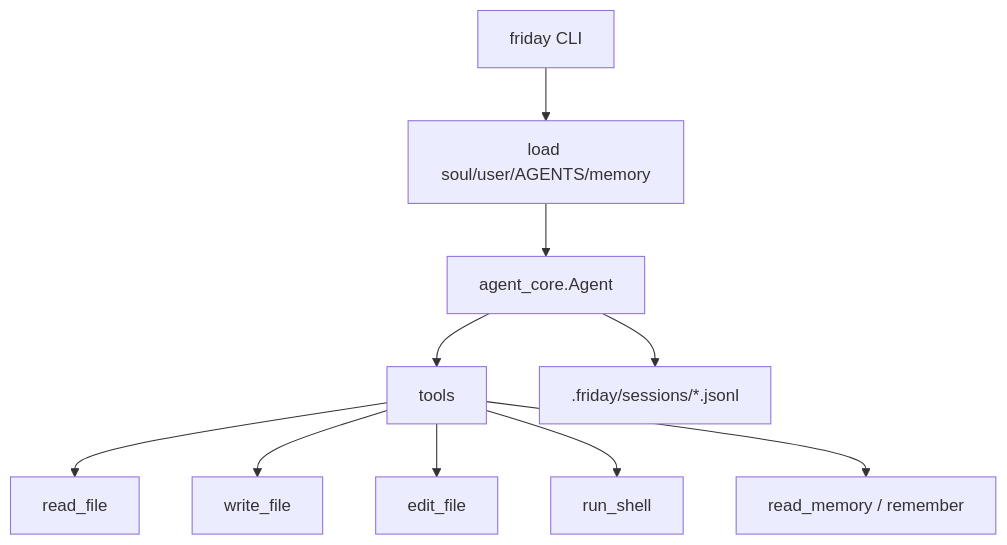
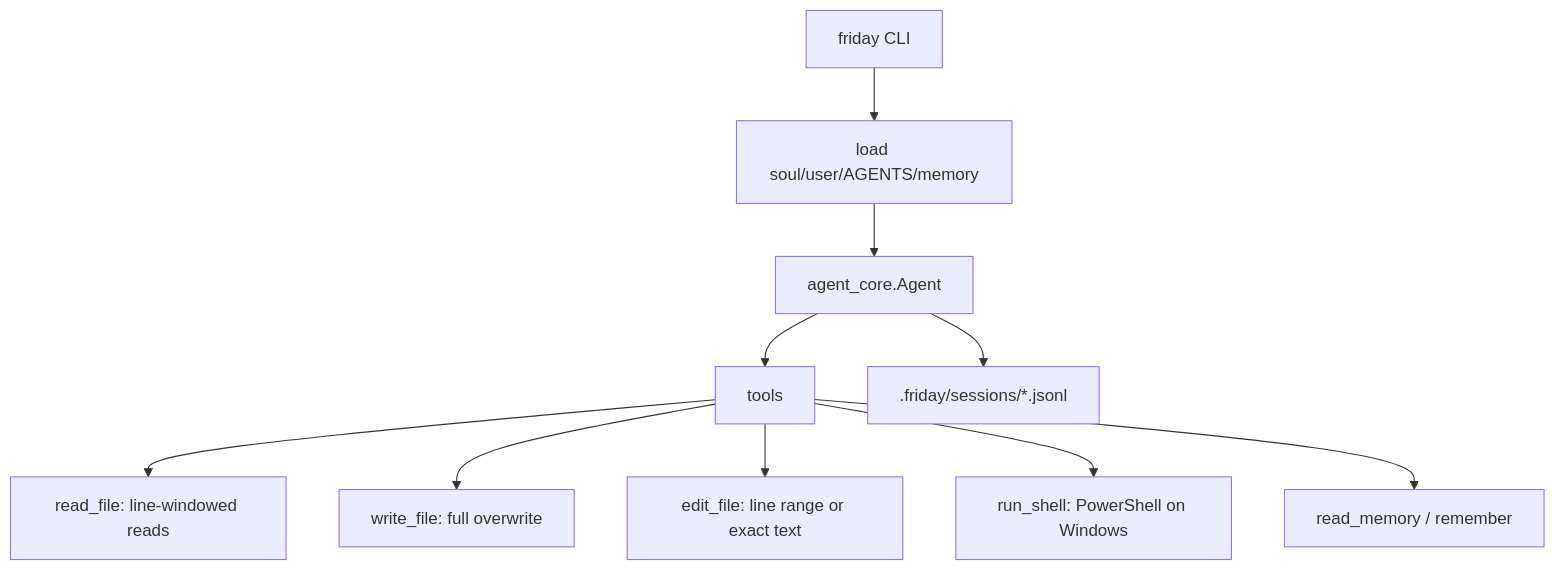
One commit to Lancetwang/friday changed the diagram in README.md. Above: the diagram before and after it, drawn with Mermaid. The commit also changed other lines of this file and 5 other files, not shown here.

````diff
--- a/README.md
+++ b/README.md
@@ -11,12 +11,12 @@
 ```mermaid
 flowchart TD
     CLI["friday CLI"] --> Loader["load soul/user/AGENTS/memory"]
     Loader --> Agent["agent_core.Agent"]
     Agent --> Tools["tools"]
-    Tools --> Read["read_file"]
-    Tools --> Write["write_file"]
-    Tools --> Edit["edit_file"]
-    Tools --> Shell["run_shell"]
+    Tools --> Read["read_file: line-windowed reads"]
+    Tools --> Write["write_file: full overwrite"]
+    Tools --> Edit["edit_file: line range or exact text"]
+    Tools --> Shell["run_shell: PowerShell on Windows"]
     Tools --> Memory["read_memory / remember"]
     Agent --> Session[".friday/sessions/*.jsonl"]
 ```
````
